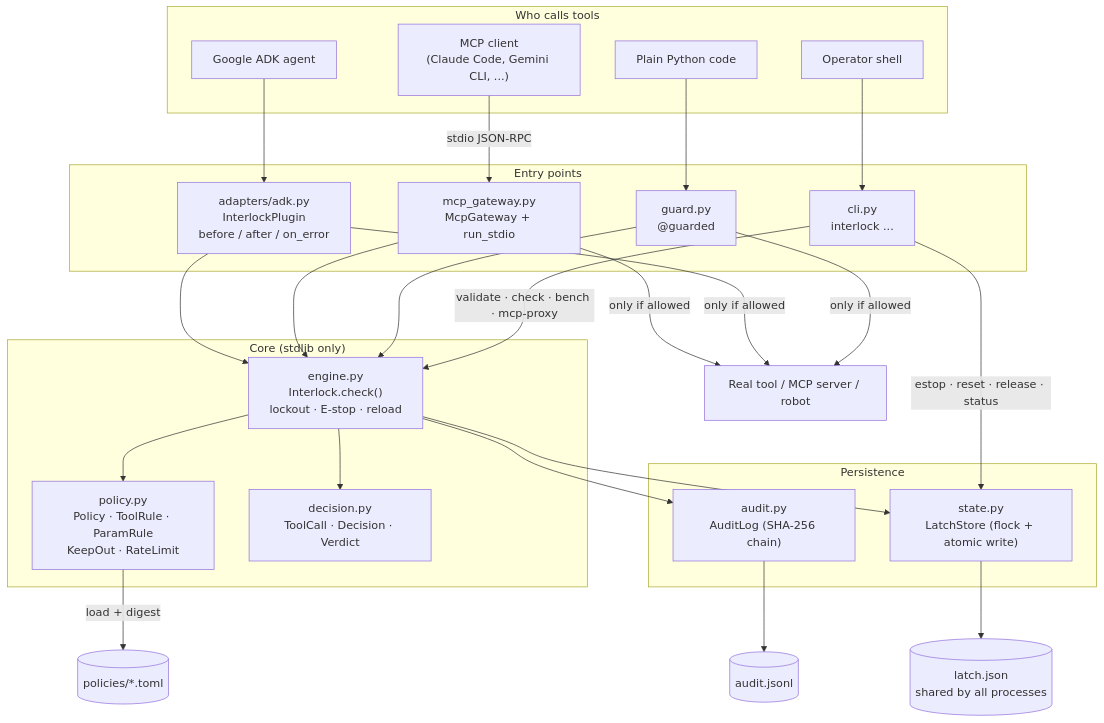
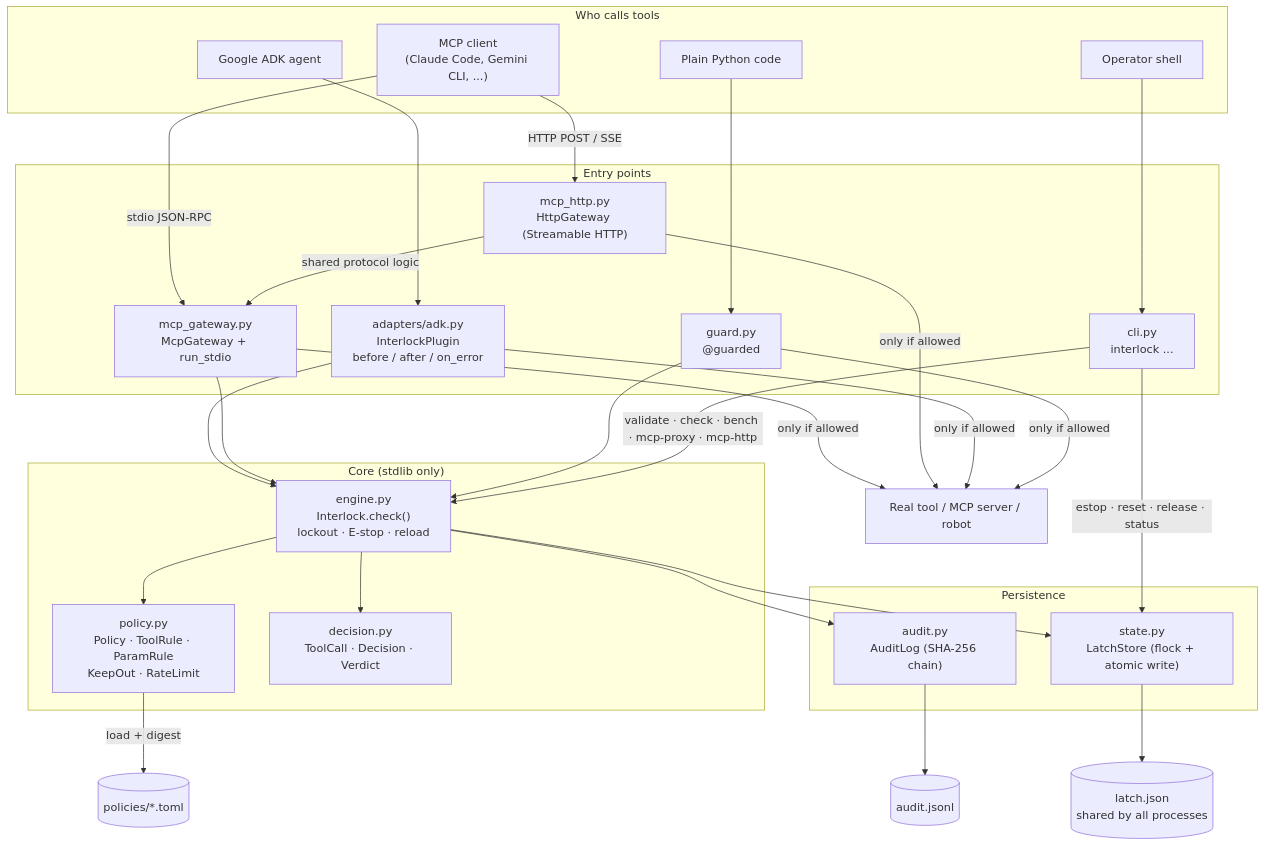
One commit to McMDMC/Agent-interlock changed the first of 4 diagrams in docs/architecture.md. Above: the diagram before and after it, drawn with Mermaid. The commit also changed other lines of this file and 15 other files, not shown here.

First line of the commit message:
Add Streamable HTTP MCP gateway, result trips on MCP, Cloud Run deploy

````diff
--- a/docs/architecture.md
+++ b/docs/architecture.md
@@ -9,55 +9,59 @@
 ```mermaid
 flowchart TB
     subgraph clients["Who calls tools"]
         ADKAgent["Google ADK agent"]
         MCPClient["MCP client<br/>(Claude Code, Gemini CLI, ...)"]
         PyCode["Plain Python code"]
         Operator["Operator shell"]
     end
 
     subgraph entry["Entry points"]
         adk["adapters/adk.py<br/>InterlockPlugin<br/>before / after / on_error"]
         gw["mcp_gateway.py<br/>McpGateway + run_stdio"]
+        http["mcp_http.py<br/>HttpGateway (Streamable HTTP)"]
         guard["guard.py<br/>@guarded"]
         cli["cli.py<br/>interlock ..."]
     end
 
     subgraph core["Core (stdlib only)"]
         engine["engine.py<br/>Interlock.check()<br/>lockout · E-stop · reload"]
         policy["policy.py<br/>Policy · ToolRule · ParamRule<br/>KeepOut · RateLimit"]
         decision["decision.py<br/>ToolCall · Decision · Verdict"]
     end
 
     subgraph persist["Persistence"]
         audit["audit.py<br/>AuditLog (SHA-256 chain)"]
         state["state.py<br/>LatchStore (flock + atomic write)"]
     end
 
     toml[("policies/*.toml")]
     auditfile[("audit.jsonl")]
     latch[("latch.json<br/>shared by all processes")]
     server["Real tool / MCP server / robot"]
 
     ADKAgent --> adk
     MCPClient -->|stdio JSON-RPC| gw
+    MCPClient -->|HTTP POST / SSE| http
+    http -->|shared protocol logic| gw
     PyCode --> guard
     Operator --> cli
 
     adk --> engine
     gw --> engine
     guard --> engine
-    cli -->|validate · check · bench · mcp-proxy| engine
+    cli -->|validate · check · bench · mcp-proxy · mcp-http| engine
     cli -->|estop · reset · release · status| state
 
     engine --> policy
     engine --> decision
     engine --> audit
     engine --> state
     policy -->|load + digest| toml
     audit --> auditfile
     state --> latch
 
     gw -->|only if allowed| server
+    http -->|only if allowed| server
     adk -->|only if allowed| server
     guard -->|only if allowed| server
 ```
````
